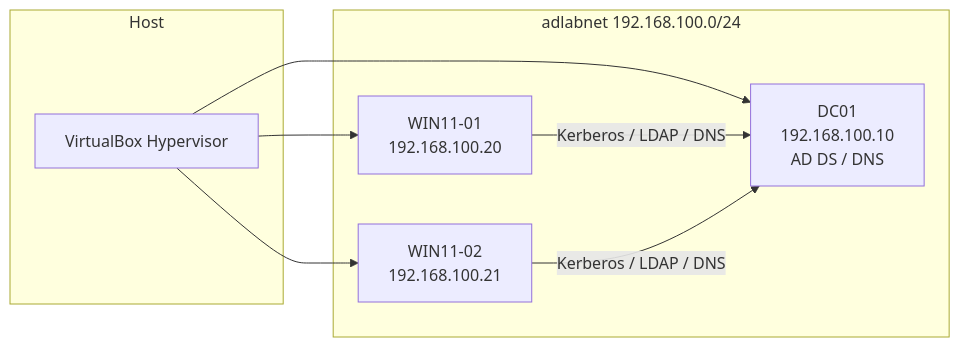
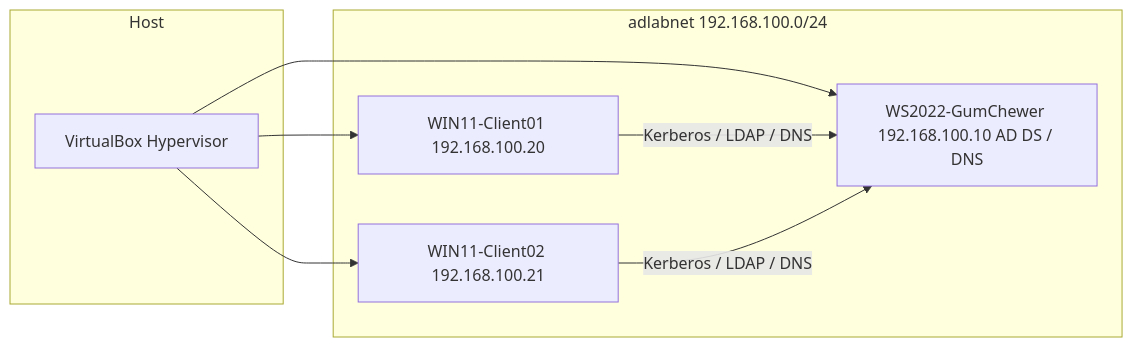
The diagram in README.md (GrumpyKit10/GumChewer), drawn with Mermaid before and after one commit.

Commit message:
Correcting names in flowchart in README

````diff
--- a/README.md
+++ b/README.md
@@ -66,19 +66,19 @@
 ```mermaid
 flowchart LR
     subgraph Host
         VB[VirtualBox Hypervisor]
     end
 
     subgraph adlabnet 192.168.100.0/24
-        DC[DC01\n192.168.100.10\nAD DS / DNS]
-        C1[WIN11-01\n192.168.100.20]
-        C2[WIN11-02\n192.168.100.21]
+        DC[WS2022-GumChewer 192.168.100.10 AD DS / DNS]
+        C1[WIN11-Client01 192.168.100.20]
+        C2[WIN11-Client02 192.168.100.21]
     end
 
     VB --> DC
     VB --> C1
     VB --> C2
 
     C1 -->|Kerberos / LDAP / DNS| DC
     C2 -->|Kerberos / LDAP / DNS| DC
 ```
````
